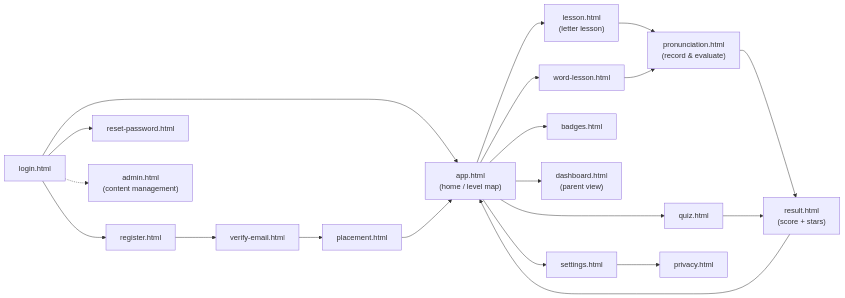
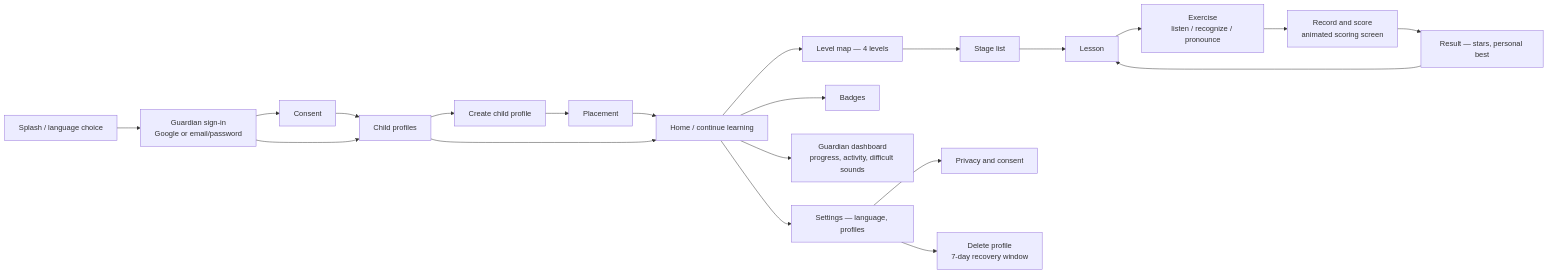
One commit to MohamedMaged9258/Yantiq changed diagram 19 of 20 in docs/architecture/diagrams.md. Above: the diagram before and after it, drawn with Mermaid. The commit also changed other lines of this file, not shown here.

First line of the commit message:
docs: rewrite architecture diagrams against the Phase 0 baseline

````diff
--- a/docs/architecture/diagrams.md
+++ b/docs/architecture/diagrams.md
@@ -617,21 +915,23 @@
 ```mermaid
 flowchart LR
-    LOGIN["login.html"] --> REG["register.html"]
-    LOGIN --> RESET["reset-password.html"]
-    REG --> VERIFY["verify-email.html"]
-    VERIFY --> PLACE["placement.html"]
-    LOGIN --> APP["app.html<br/>(home / level map)"]
-    PLACE --> APP
-    APP --> LESSON["lesson.html<br/>(letter lesson)"]
-    APP --> WORD["word-lesson.html"]
-    LESSON --> PRON["pronunciation.html<br/>(record & evaluate)"]
-    WORD --> PRON
-    PRON --> RESULT["result.html<br/>(score + stars)"]
-    APP --> QUIZ["quiz.html"] --> RESULT
-    RESULT --> APP
-    APP --> BADGES["badges.html"]
-    APP --> DASH["dashboard.html<br/>(parent view)"]
-    APP --> SETTINGS["settings.html"]
-    SETTINGS --> PRIVACY["privacy.html"]
-    LOGIN -.-> ADMIN["admin.html<br/>(content management)"]
+    SPLASH["Splash / language choice"] --> SIGNIN["Guardian sign-in<br/>Google or email/password"]
+    SIGNIN --> CONSENT["Consent"]
+    CONSENT --> PROFILES["Child profiles"]
+    SIGNIN --> PROFILES
+    PROFILES --> CREATE["Create child profile"]
+    CREATE --> PLACE["Placement"]
+    PLACE --> HOME["Home / continue learning"]
+    PROFILES --> HOME
+    HOME --> LEVELS["Level map — 4 levels"]
+    LEVELS --> STAGES["Stage list"]
+    STAGES --> LESSON["Lesson"]
+    LESSON --> EX["Exercise<br/>listen / recognize / pronounce"]
+    EX --> REC["Record and score<br/>animated scoring screen"]
+    REC --> RESULT["Result — stars, personal best"]
+    RESULT --> LESSON
+    HOME --> BADGES["Badges"]
+    HOME --> DASH["Guardian dashboard<br/>progress, activity, difficult sounds"]
+    HOME --> SETTINGS["Settings — language, profiles"]
+    SETTINGS --> PRIVACY["Privacy and consent"]
+    SETTINGS --> DELETE["Delete profile<br/>7-day recovery window"]
 ```
````
